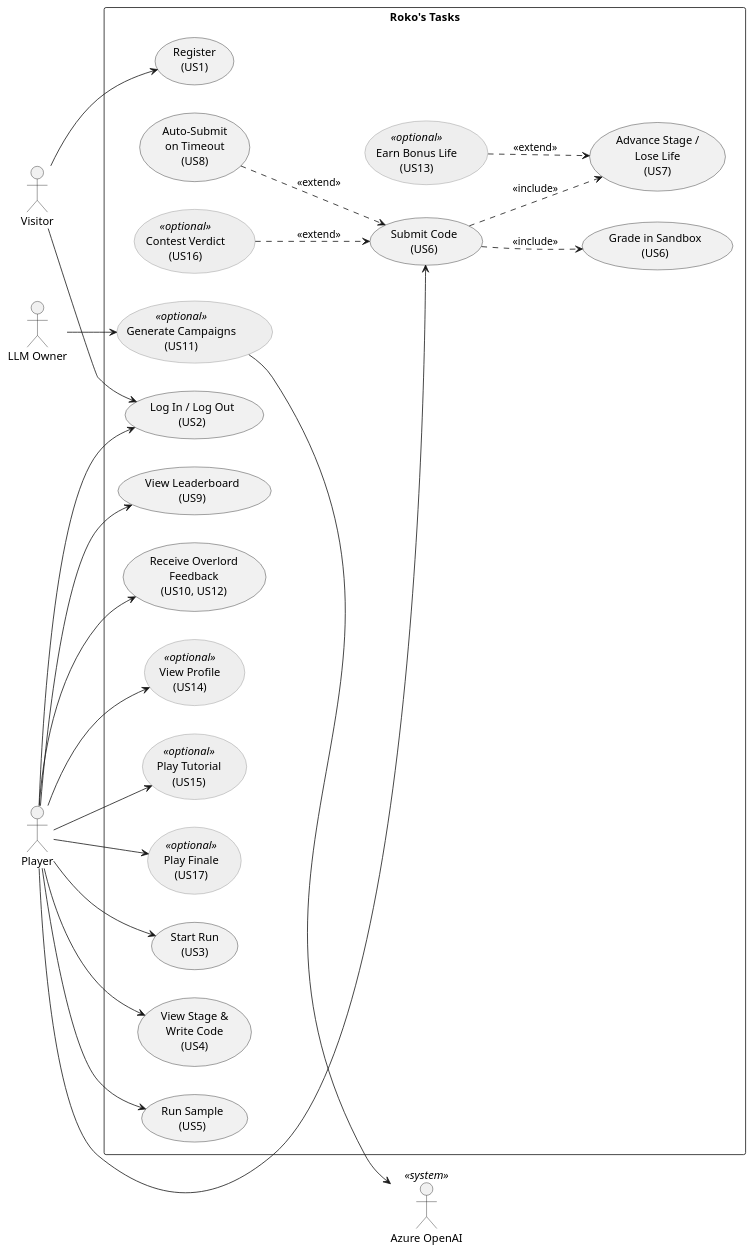
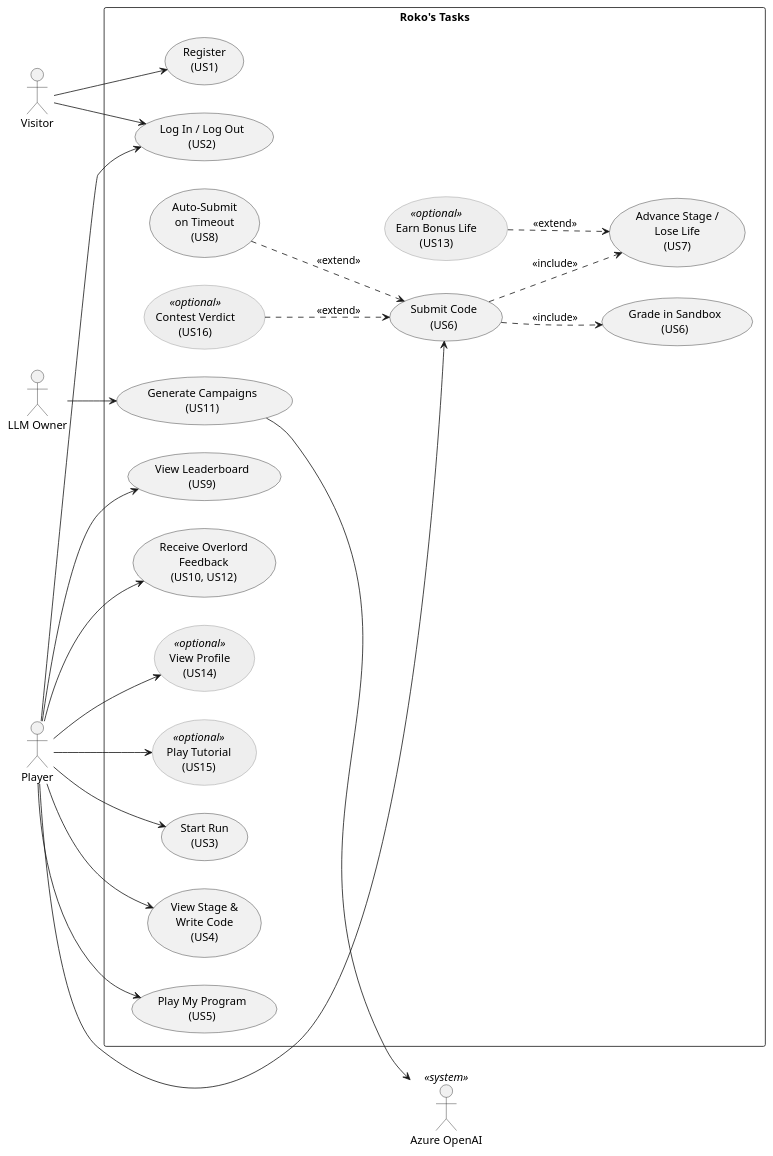
Before and after one commit to msu-denver/rokos-tasks: the diagram in uml/use_case.wsd, drawn with PlantUML. The commit also changed 14 other files, not shown here.

```diff
--- a/uml/use_case.wsd
+++ b/uml/use_case.wsd
@@ -1,63 +1,61 @@
 @startuml use_case
 ' File: use_case.wsd
 ' Description: Use case diagram for Roko's Tasks. Every use case is labeled
 '     with the user story that implements it. Grey use cases are optional
 '     stories.
 ' Author(s): <team member names>
 
 left to right direction
 skinparam packageStyle rectangle
 skinparam usecase {
     BackgroundColor<<optional>> #EEEEEE
     BorderColor<<optional>> #888888
 }
 
 actor Visitor
 actor Player
 actor "LLM Owner" as LlmOwner
 actor "Azure OpenAI" as Azure <<system>>
 
 rectangle "Roko's Tasks" {
     usecase "Register\n(US1)" as UC1
     usecase "Log In / Log Out\n(US2)" as UC2
     usecase "Start Run\n(US3)" as UC3
     usecase "View Stage &\nWrite Code\n(US4)" as UC4
-    usecase "Run Sample\n(US5)" as UC5
+    usecase "Play My Program\n(US5)" as UC5
     usecase "Submit Code\n(US6)" as UC6
     usecase "Grade in Sandbox\n(US6)" as UCGrade
     usecase "Advance Stage /\nLose Life\n(US7)" as UC7
     usecase "Auto-Submit\non Timeout\n(US8)" as UC8
     usecase "View Leaderboard\n(US9)" as UC9
     usecase "Receive Overlord\nFeedback\n(US10, US12)" as UC10
-    usecase "Generate Campaigns\n(US11)" as UC11 <<optional>>
+    usecase "Generate Campaigns\n(US11)" as UC11
     usecase "Earn Bonus Life\n(US13)" as UC13 <<optional>>
     usecase "View Profile\n(US14)" as UC14 <<optional>>
     usecase "Play Tutorial\n(US15)" as UC15 <<optional>>
     usecase "Contest Verdict\n(US16)" as UC16 <<optional>>
-    usecase "Play Finale\n(US17)" as UC17 <<optional>>
 }
 
 Visitor --> UC1
 Visitor --> UC2
 
 Player --> UC2
 Player --> UC3
 Player --> UC4
 Player --> UC5
 Player --> UC6
 Player --> UC9
 Player --> UC10
 Player --> UC14
 Player --> UC15
-Player --> UC17
 
 UC6 ..> UCGrade : <<include>>
 UC6 ..> UC7 : <<include>>
 UC8 ..> UC6 : <<extend>>
 UC13 ..> UC7 : <<extend>>
 UC16 ..> UC6 : <<extend>>
 
 LlmOwner --> UC11
 UC11 --> Azure
 
 @enduml
```
